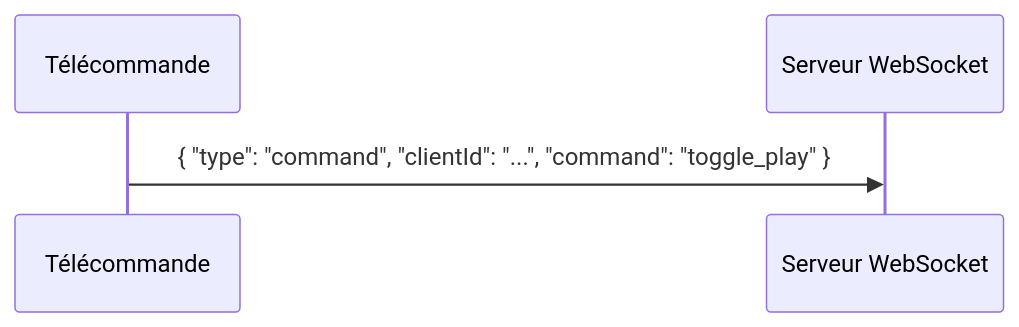
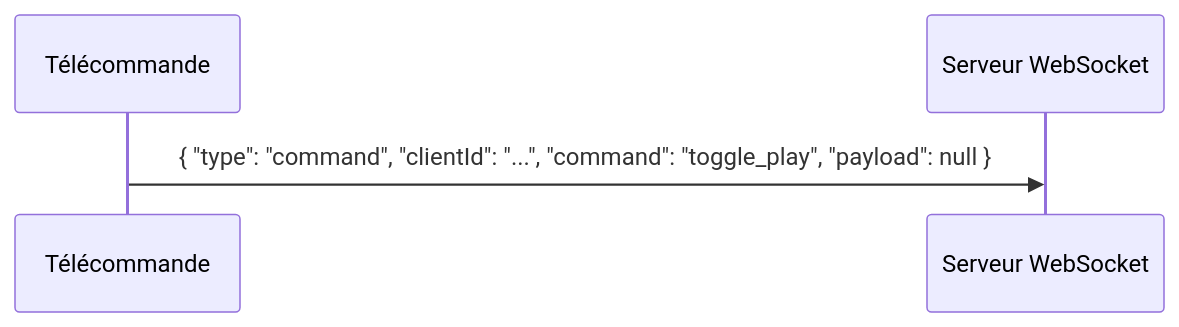
Before and after one commit to JMBaubet/VisuGPS: the second of 8 diagrams in documentation/remote_interface_spec.md, drawn with Mermaid. The commit also changed other lines of this file and 1 other file, not shown here.

````diff
--- a/documentation/remote_interface_spec.md
+++ b/documentation/remote_interface_spec.md
@@ -78,6 +81,6 @@
     ```mermaid
     sequenceDiagram
         participant Client as Télécommande
         participant Server as Serveur WebSocket
-        Client->>Server: { "type": "command", "clientId": "...", "command": "toggle_play" }
+        Client->>Server: { "type": "command", "clientId": "...", "command": "toggle_play", "payload": null }
     ```
````
